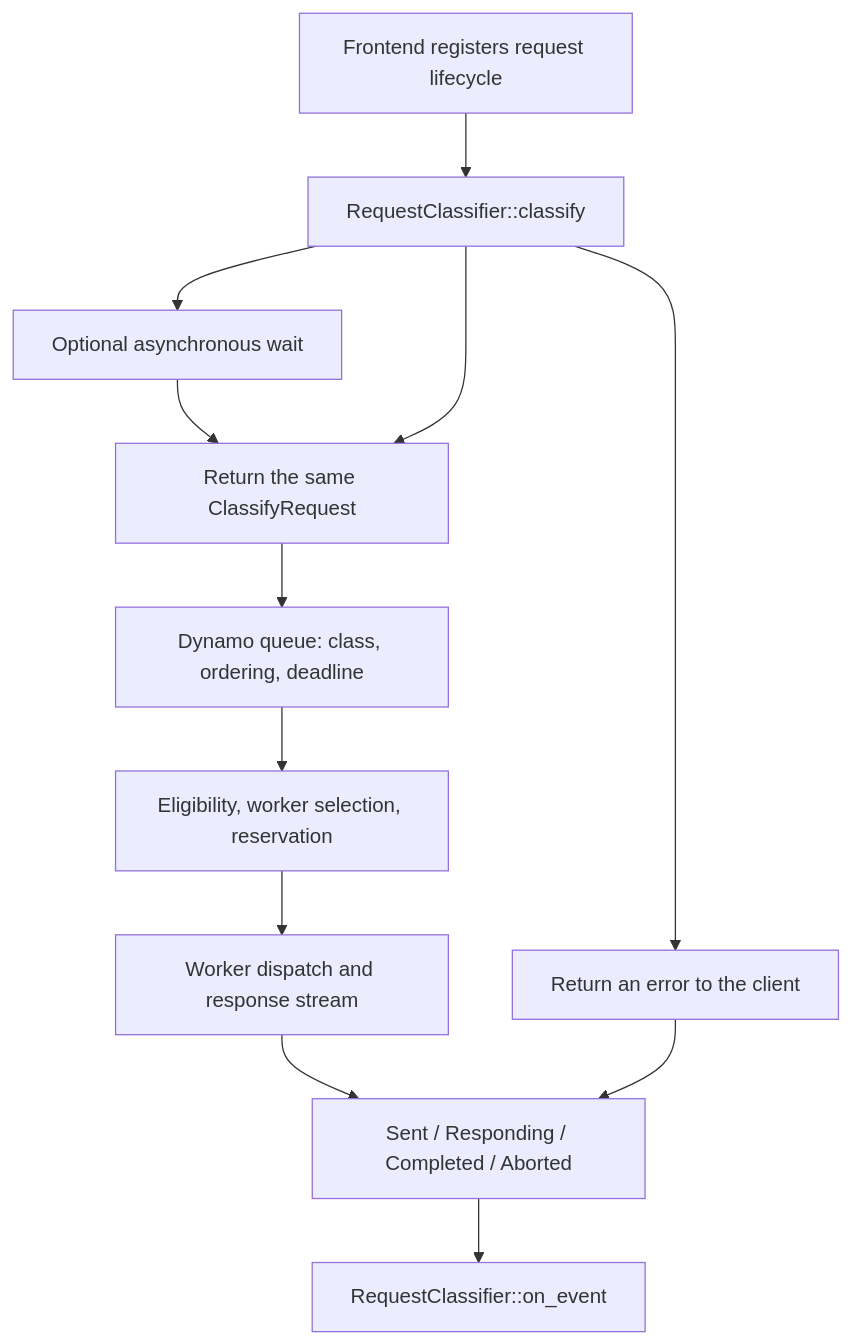
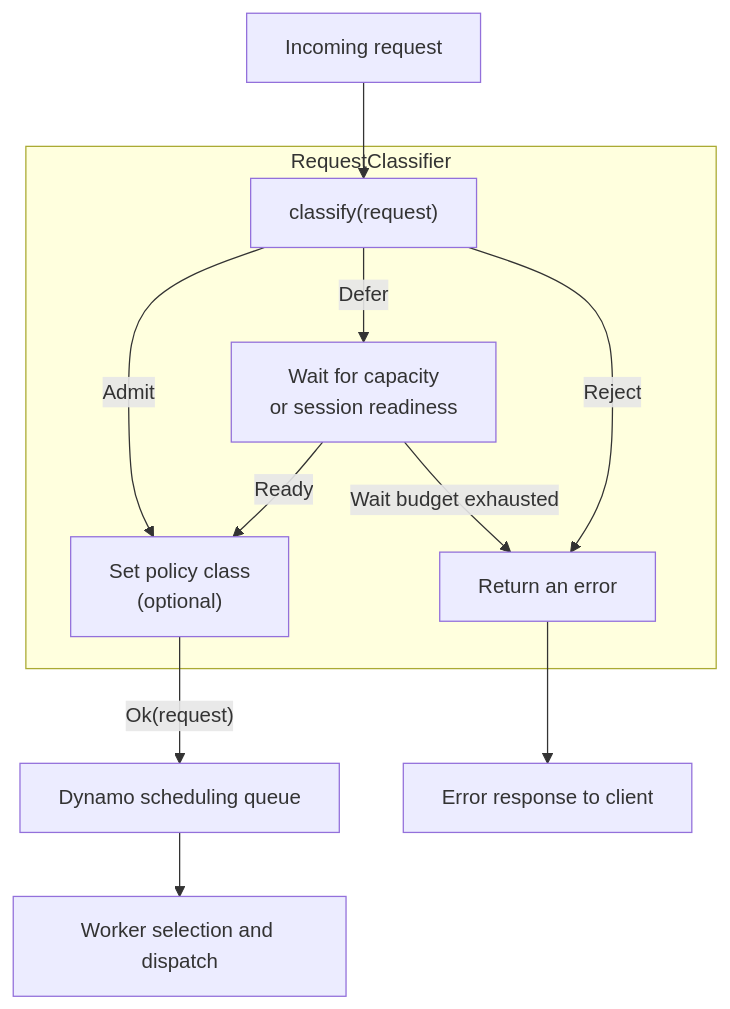
Before and after one commit to ai-dynamo/dynamo: the diagram in docs/fern/pages/developer-guide/knowledge-base/modular-components/router/custom-admission-control.md, drawn with Mermaid. The commit also changed other lines of this file, not shown here.

Commit message:
docs(router): simplify admission plugin guide

````diff
--- a/docs/fern/pages/developer-guide/knowledge-base/modular-components/router/custom-admission-control.md
+++ b/docs/fern/pages/developer-guide/knowledge-base/modular-components/router/custom-admission-control.md
@@ -17,14 +19,15 @@
 ```mermaid
 flowchart TD
-    Host["Frontend registers request lifecycle"] --> Classify["RequestClassifier::classify"]
-    Classify --> Wait["Optional asynchronous wait"]
-    Wait --> Return["Return the same ClassifyRequest"]
-    Classify --> Return
-    Classify --> Reject["Return an error to the client"]
-    Return --> Queue["Dynamo queue: class, ordering, deadline"]
-    Queue --> Place["Eligibility, worker selection, reservation"]
-    Place --> Dispatch["Worker dispatch and response stream"]
-    Dispatch --> Events["Sent / Responding / Completed / Aborted"]
-    Reject --> Events
-    Events --> Callback["RequestClassifier::on_event"]
+    Request["Incoming request"] --> Classify
+    subgraph Plugin["RequestClassifier"]
+        Classify["classify(request)"]
+        Classify -->|Admit| Settings["Set policy class<br/>(optional)"]
+        Classify -->|Defer| Wait["Wait for capacity<br/>or session readiness"]
+        Wait -->|Ready| Settings
+        Classify -->|Reject| Error["Return an error"]
+        Wait -->|Wait budget exhausted| Error
+    end
+    Settings -->|"Ok(request)"| Queue["Dynamo scheduling queue"]
+    Queue --> Select["Worker selection and dispatch"]
+    Error --> Client["Error response to client"]
 ```
````
